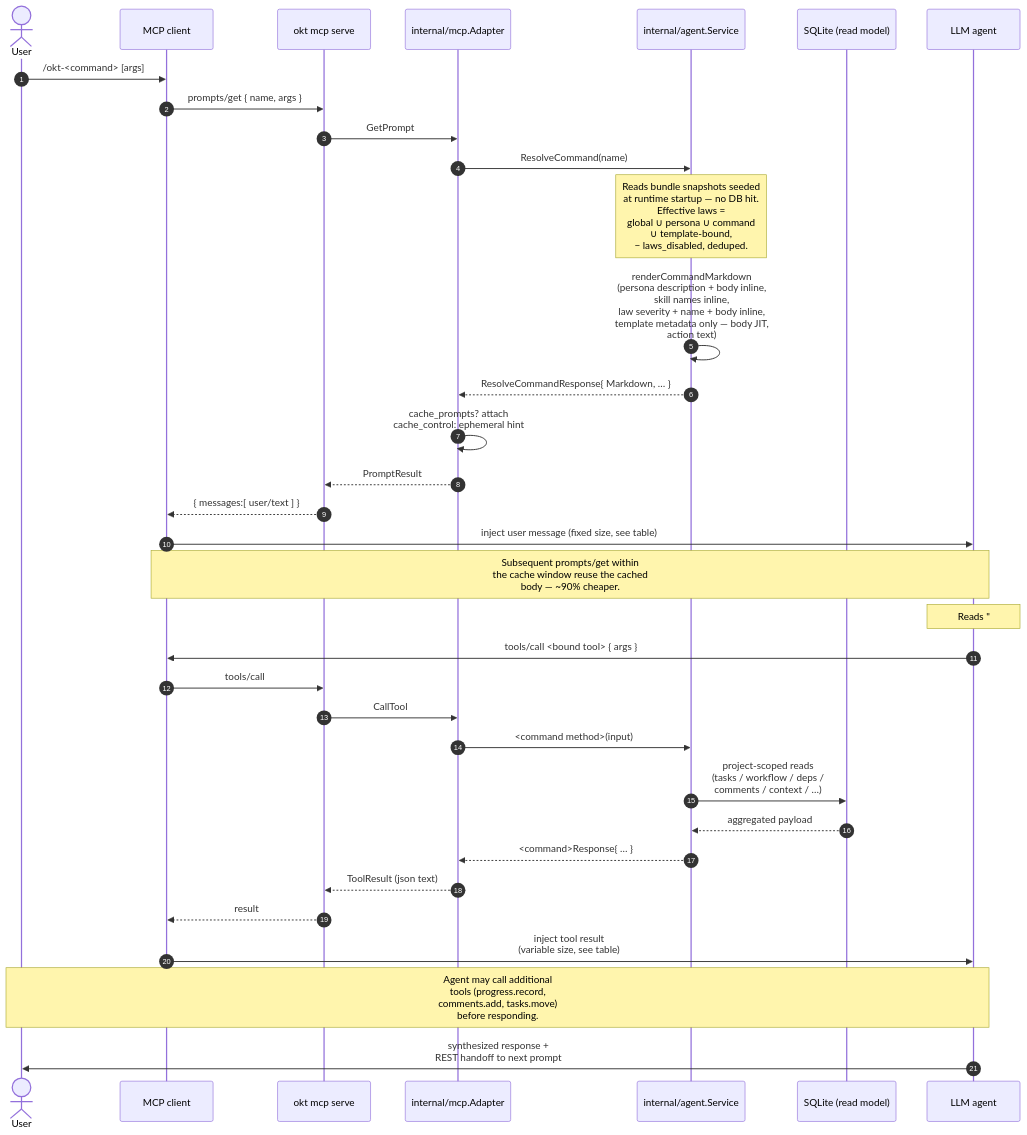
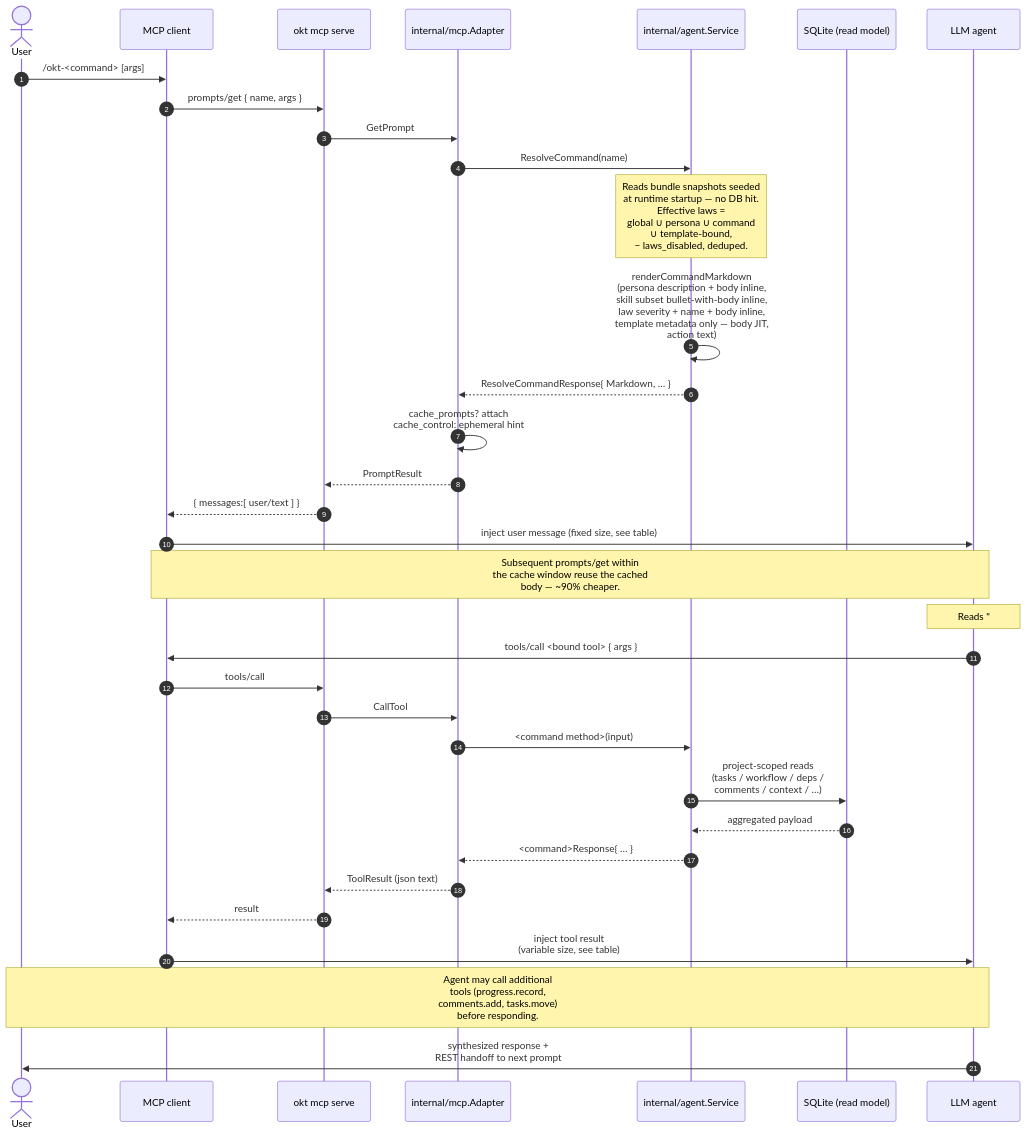
The diagram in .docs/mcp.md (This-Is-NPC/omakiten), drawn with Mermaid before and after one commit. The commit also changed other lines of this file and 185 other files, not shown here.

````diff
--- a/.docs/mcp.md
+++ b/.docs/mcp.md
@@ -248,45 +263,45 @@
 ```mermaid
 sequenceDiagram
     autonumber
     actor User
     participant Client as MCP client
     participant Server as okt mcp serve
     participant Adapter as internal/mcp.Adapter
     participant Service as internal/agent.Service
     participant Store as SQLite (read model)
     participant Agent as LLM agent
 
     User->>Client: /okt-<command> [args]
     Client->>Server: prompts/get { name, args }
     Server->>Adapter: GetPrompt
     Adapter->>Service: ResolveCommand(name)
 
     Note over Service: Reads bundle snapshots seeded<br/>at runtime startup — no DB hit.<br/>Effective laws =<br/>global ∪ persona ∪ command<br/>∪ template-bound,<br/>− laws_disabled, deduped.
 
-    Service->>Service: renderCommandMarkdown<br/>(persona description + body inline,<br/>skill names inline,<br/>law severity + name + body inline,<br/>template metadata only — body JIT,<br/>action text)
+    Service->>Service: renderCommandMarkdown<br/>(persona description + body inline,<br/>skill subset bullet-with-body inline,<br/>law severity + name + body inline,<br/>template metadata only — body JIT,<br/>action text)
     Service-->>Adapter: ResolveCommandResponse{ Markdown, … }
     Adapter->>Adapter: cache_prompts? attach<br/>cache_control: ephemeral hint
     Adapter-->>Server: PromptResult
     Server-->>Client: { messages:[ user/text ] }
     Client->>Agent: inject user message (fixed size, see table)
 
     Note over Client,Agent: Subsequent prompts/get within<br/>the cache window reuse the cached<br/>body — ~90% cheaper.
 
     Note over Agent: Reads "## Action" block,<br/>decides which tool(s) to call.
 
     Agent->>Client: tools/call <bound tool> { args }
     Client->>Server: tools/call
     Server->>Adapter: CallTool
     Adapter->>Service: <command method>(input)
 
     Service->>Store: project-scoped reads<br/>(tasks / workflow / deps /<br/>comments / context / …)
     Store-->>Service: aggregated payload
     Service-->>Adapter: <command>Response{ … }
     Adapter-->>Server: ToolResult (json text)
     Server-->>Client: result
     Client->>Agent: inject tool result<br/>(variable size, see table)
 
     Note over Agent,User: Agent may call additional<br/>tools (progress.record,<br/>comments.add, tasks.move)<br/>before responding.
 
     Agent->>User: synthesized response +<br/>REST handoff to next prompt
 ```
````
